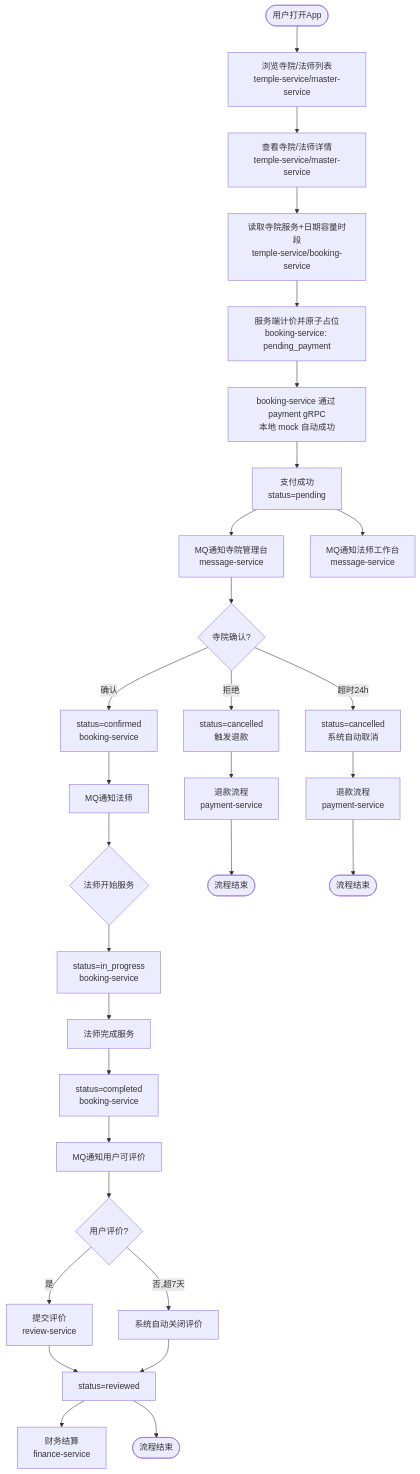
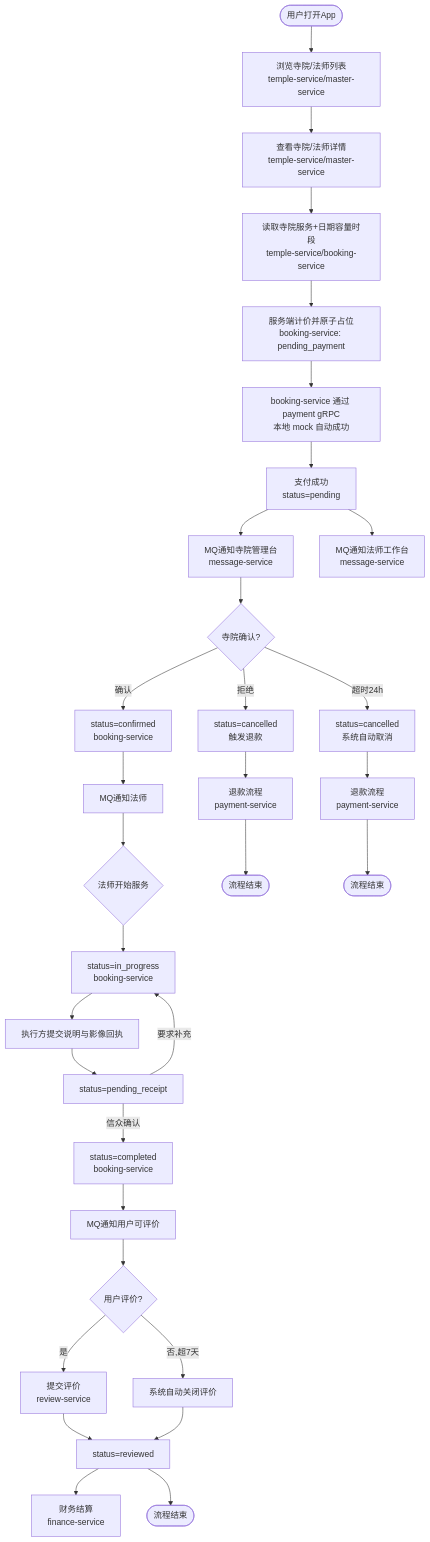
One commit to askxuan-dongfang/askxuan-docs changed the first of 13 diagrams in docs/architecture/业务流程.md. Above: the diagram before and after it, drawn with Mermaid. The commit also changed other lines of this file and 38 other files, not shown here.

````diff
--- a/docs/architecture/业务流程.md
+++ b/docs/architecture/业务流程.md
@@ -13,37 +15,39 @@
 ```mermaid
 flowchart TD
     Start([用户打开App]) --> Browse[浏览寺院/法师列表<br/>temple-service/master-service]
     Browse --> Detail[查看寺院/法师详情<br/>temple-service/master-service]
 	Detail --> Select[读取寺院服务+日期容量时段<br/>temple-service/booking-service]
 	Select --> CreateOrder[服务端计价并原子占位<br/>booking-service: pending_payment]
 	CreateOrder --> Pay[booking-service 通过 payment gRPC<br/>本地 mock 自动成功]
 	Pay --> Paid[支付成功<br/>status=pending]
 	Paid --> NotifyTemple[MQ通知寺院管理台<br/>message-service]
 	Paid --> NotifyMaster[MQ通知法师工作台<br/>message-service]
 
     NotifyTemple --> TempleConfirm{寺院确认?}
     TempleConfirm -->|确认| StatusConfirmed[status=confirmed<br/>booking-service]
     TempleConfirm -->|拒绝| StatusCancelled1[status=cancelled<br/>触发退款]
     TempleConfirm -->|超时24h| StatusCancelled2[status=cancelled<br/>系统自动取消]
 
     StatusConfirmed --> NotifyMaster2[MQ通知法师]
     NotifyMaster2 --> MasterStart{法师开始服务}
     MasterStart --> StatusInProgress[status=in_progress<br/>booking-service]
-    StatusInProgress --> MasterComplete[法师完成服务]
-    MasterComplete --> StatusCompleted[status=completed<br/>booking-service]
+    StatusInProgress --> MasterComplete[执行方提交说明与影像回执]
+    MasterComplete --> Receipt[status=pending_receipt]
+    Receipt -->|要求补充| StatusInProgress
+    Receipt -->|信众确认| StatusCompleted[status=completed<br/>booking-service]
     StatusCompleted --> NotifyUser2[MQ通知用户可评价]
 
     NotifyUser2 --> UserReview{用户评价?}
     UserReview -->|是| SubmitReview[提交评价<br/>review-service]
     UserReview -->|否,超7天| AutoClose[系统自动关闭评价]
     SubmitReview --> StatusReviewed[status=reviewed]
     AutoClose --> StatusReviewed
 
     StatusReviewed --> Finance[财务结算<br/>finance-service]
     StatusReviewed --> End1([流程结束])
 
     StatusCancelled1 --> Refund1[退款流程<br/>payment-service]
     StatusCancelled2 --> Refund2[退款流程<br/>payment-service]
     Refund1 --> End2([流程结束])
     Refund2 --> End3([流程结束])
 ```
````
